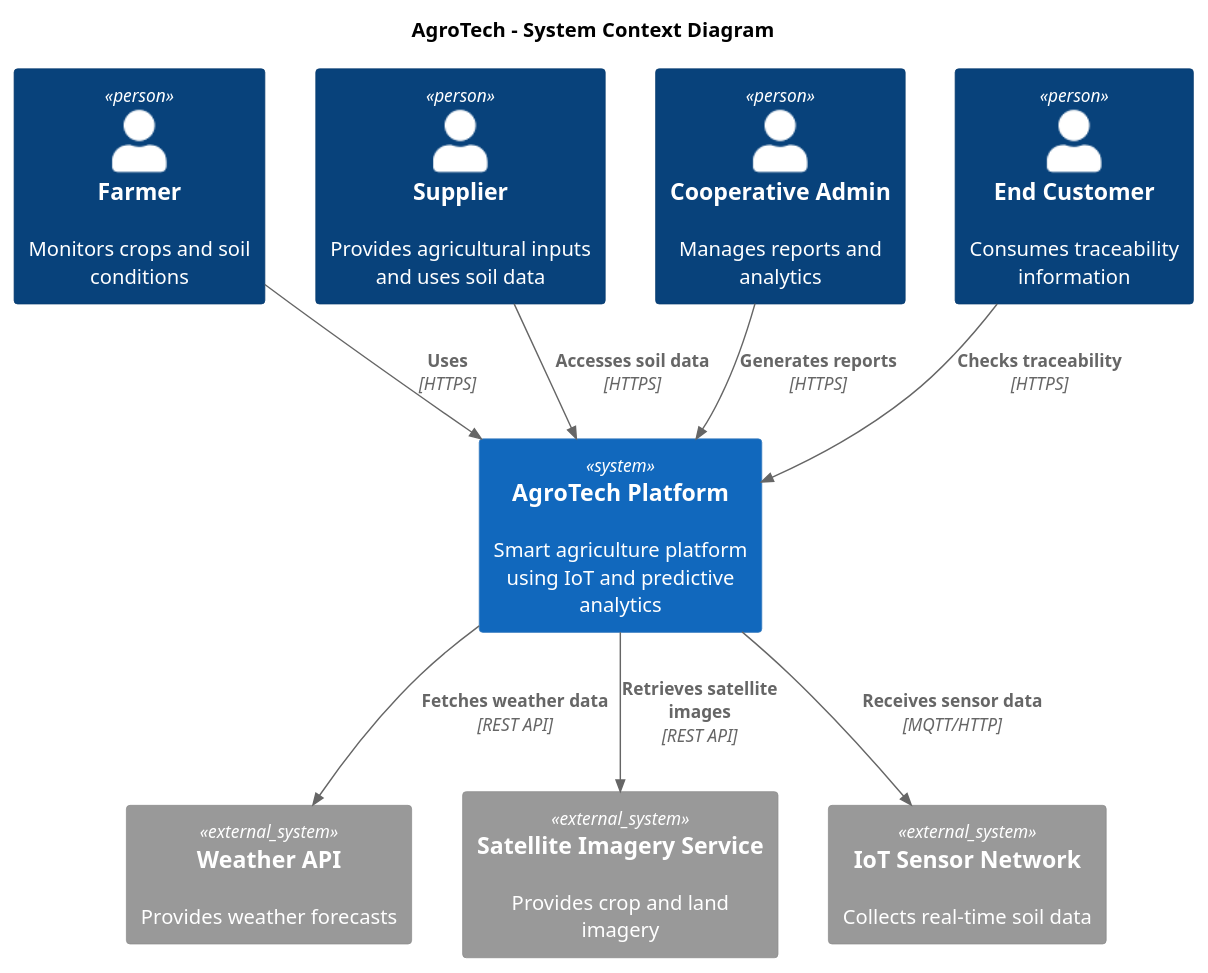
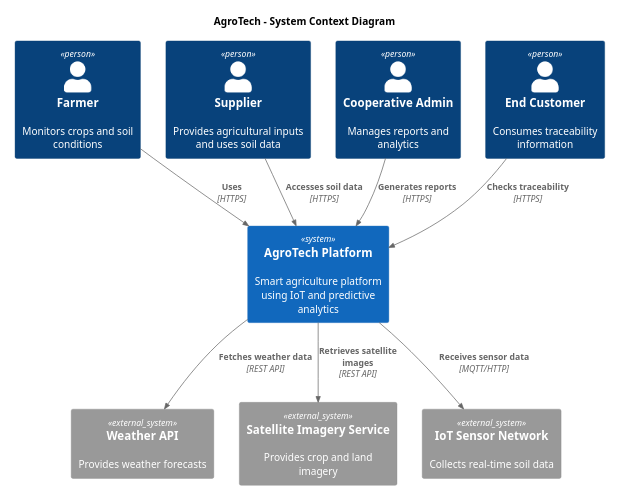
Before and after one commit to 1ASI0730-10215-NovaTech-TerraTech/upc-pre-202610-1asi0730-10215-NovaTech-report: the first of 3 diagrams in report/46-model-c4.md, drawn with PlantUML. The commit also changed other lines of this file and 6 other files, not shown here.

Commit message:
docs: update scale of diagram, assets routes and tables into chapter 4.

````diff
--- a/report/46-model-c4.md
+++ b/report/46-model-c4.md
@@ -3,28 +3,30 @@
 ```plantuml
 @startuml
 !include https://raw.githubusercontent.com/plantuml-stdlib/C4-PlantUML/master/C4_Context.puml
+
+scale 1/2
 
 title AgroTech - System Context Diagram
 
 Person(farmer, "Farmer", "Monitors crops and soil conditions")
 Person(supplier, "Supplier", "Provides agricultural inputs and uses soil data")
 Person(admin, "Cooperative Admin", "Manages reports and analytics")
 Person(customer, "End Customer", "Consumes traceability information")
 
 System(agrotech, "AgroTech Platform", "Smart agriculture platform using IoT and predictive analytics")
 
 System_Ext(weather, "Weather API", "Provides weather forecasts")
 System_Ext(satellite, "Satellite Imagery Service", "Provides crop and land imagery")
 System_Ext(iot, "IoT Sensor Network", "Collects real-time soil data")
 
 Rel(farmer, agrotech, "Uses", "HTTPS")
 Rel(supplier, agrotech, "Accesses soil data", "HTTPS")
 Rel(admin, agrotech, "Generates reports", "HTTPS")
 Rel(customer, agrotech, "Checks traceability", "HTTPS")
 
 Rel(agrotech, weather, "Fetches weather data", "REST API")
 Rel(agrotech, satellite, "Retrieves satellite images", "REST API")
 Rel(agrotech, iot, "Receives sensor data", "MQTT/HTTP")
 
 @enduml
 ```
````
